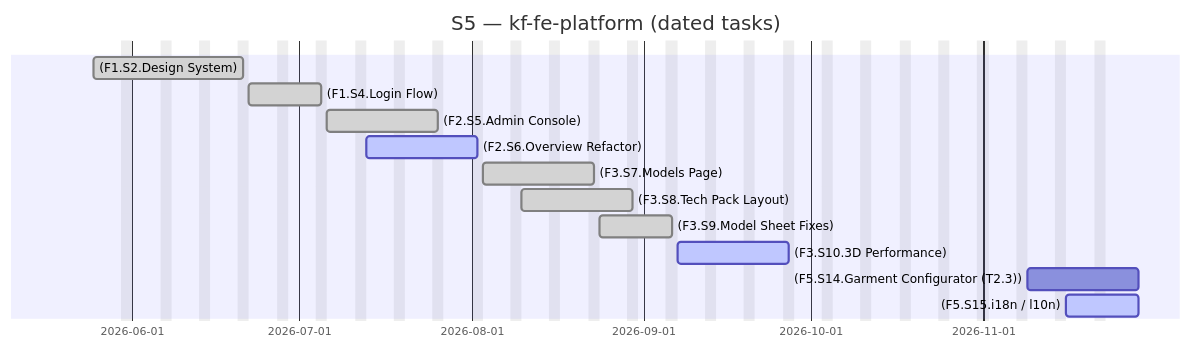
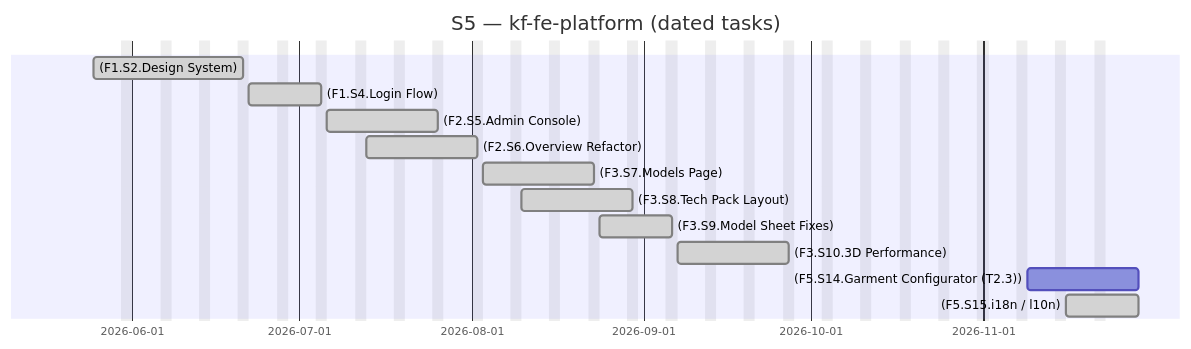
The second of 2 diagrams in docs/_projects/kf-fe-platform.md (Katty-Fashion/kf-cpto), drawn with Mermaid before and after one commit. The commit also changed other lines of this file and 14 other files, not shown here.

````diff
--- a/docs/_projects/kf-fe-platform.md
+++ b/docs/_projects/kf-fe-platform.md
@@ -88,17 +88,17 @@
 ```mermaid
 gantt
     title S5 — kf-fe-platform (dated tasks)
     dateFormat YYYY-MM-DD
     excludes weekends
 
     (F1.S2.Design System) :done, 2026-05-25, 2026-06-21
     (F1.S4.Login Flow) :done, 2026-06-22, 2026-07-05
     (F2.S5.Admin Console) :done, 2026-07-06, 2026-07-26
-    (F2.S6.Overview Refactor) :active, 2026-07-13, 2026-08-02
+    (F2.S6.Overview Refactor) :done, 2026-07-13, 2026-08-02
     (F3.S7.Models Page) :done, 2026-08-03, 2026-08-23
     (F3.S8.Tech Pack Layout) :done, 2026-08-10, 2026-08-30
     (F3.S9.Model Sheet Fixes) :done, 2026-08-24, 2026-09-06
-    (F3.S10.3D Performance) :active, 2026-09-07, 2026-09-27
+    (F3.S10.3D Performance) :done, 2026-09-07, 2026-09-27
     (F5.S14.Garment Configurator (T2.3)) :2026-11-09, 2026-11-29
-    (F5.S15.i18n / l10n) :active, 2026-11-16, 2026-11-29
+    (F5.S15.i18n / l10n) :done, 2026-11-16, 2026-11-29
 ```
````
